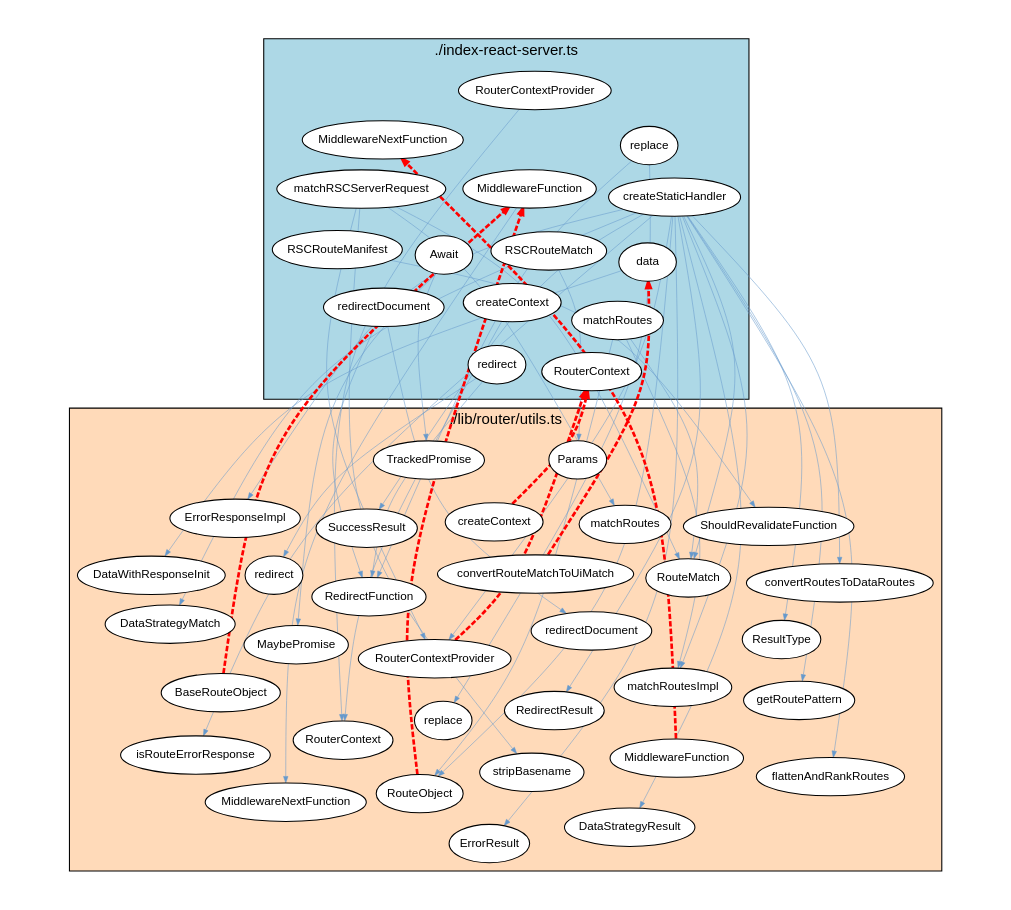
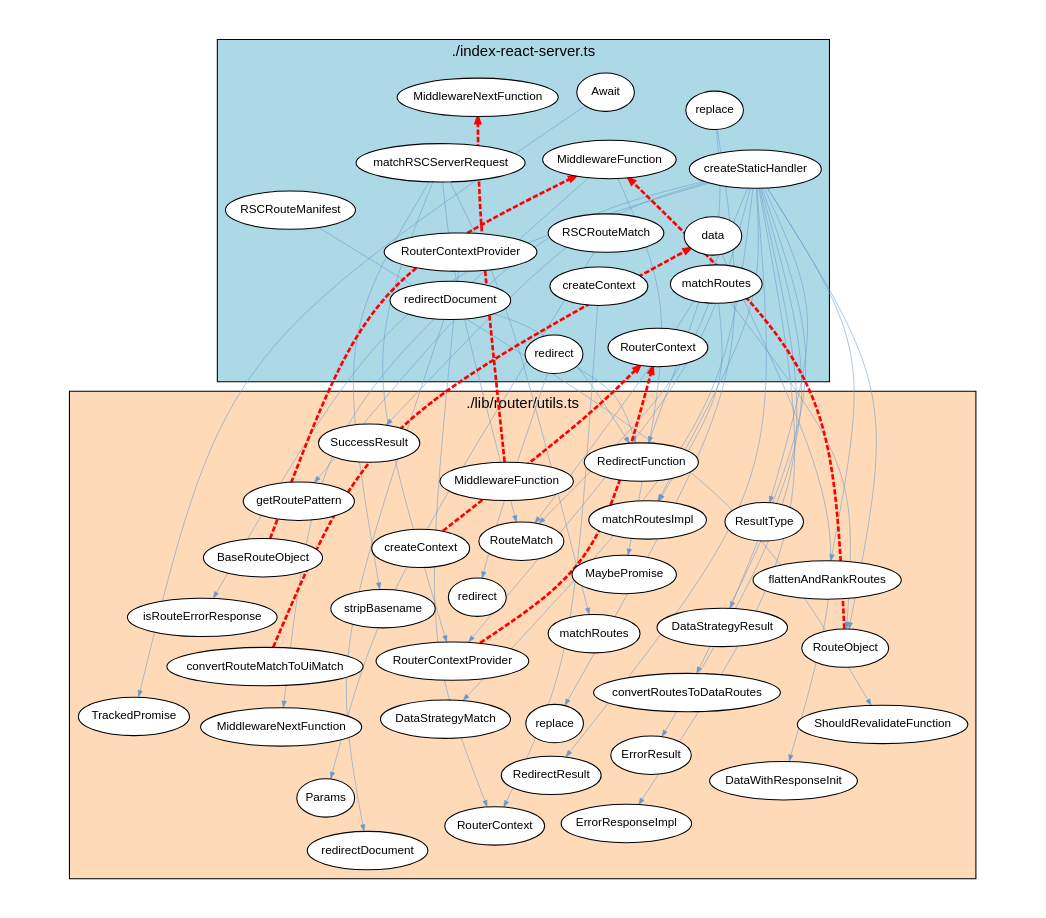
The diagram in analysis-results/react-router/latest/cyclic-dependencies/Typescript_Module/Graph_Visualizations/graphviz/TypescriptModuleCyclicDependencies3.gv (JohT/code-graph-analysis-examples), drawn with Graphviz before and after one commit. The commit also changed other lines of this file and 349 other files, not shown here.

```diff
--- a/analysis-results/react-router/latest/cyclic-dependencies/Typescript_Module/Graph_Visualizations/graphviz/TypescriptModuleCyclicDependencies3.gv
+++ b/analysis-results/react-router/latest/cyclic-dependencies/Typescript_Module/Graph_Visualizations/graphviz/TypescriptModuleCyclicDependencies3.gv
@@ -1,109 +1,109 @@
 strict digraph cycle {
     graph [layout = "fdp"; start = "7"; splines = "curved"; pad = "0.8,0.4"; outputorder = "edgesfirst";];
     graph [fontname = "Helvetica,Arial,sans-serif"; labelloc = "t";];
     node [fontname = "Helvetica,Arial,sans-serif"; style = "filled"; fillcolor = "white";];
     node [fontsize = 11; margin = "0.05,0.05";];
     edge [fontsize = 9; arrowsize = "0.6";];
 
     subgraph cluster_package {
         label="./index-react-server.ts";
         style="filled";
         fillcolor="lightblue";
         "RSCRouteMatch";
         "replace_pkg" [label="replace"];
         "MiddlewareFunction_pkg" [label="MiddlewareFunction"];
         "redirect_pkg" [label="redirect"];
         "RouterContext_pkg" [label="RouterContext"];
         "createStaticHandler";
         "MiddlewareNextFunction_pkg" [label="MiddlewareNextFunction"];
         "matchRSCServerRequest";
+        "Await";
         "RouterContextProvider_pkg" [label="RouterContextProvider"];
-        "Await";
         "data";
         "matchRoutes_pkg" [label="matchRoutes"];
         "redirectDocument_pkg" [label="redirectDocument"];
         "createContext_pkg" [label="createContext"];
         "RSCRouteManifest";
     }
 
     subgraph cluster_dependent {
         label="./lib/router/utils.ts";
         style="filled";
         fillcolor="peachpuff";
-        "RedirectResult";
         "stripBasename";
         "flattenAndRankRoutes";
+        "RedirectResult";
         "replace_dep" [label="replace"];
         "MiddlewareFunction_dep" [label="MiddlewareFunction"];
+        "convertRoutesToDataRoutes";
         "getRoutePattern";
-        "convertRoutesToDataRoutes";
+        "ErrorResult";
         "ErrorResponseImpl";
+        "TrackedPromise";
         "RedirectFunction";
-        "ErrorResult";
-        "TrackedPromise";
+        "DataWithResponseInit";
+        "matchRoutesImpl";
+        "isRouteErrorResponse";
+        "RouterContext_dep" [label="RouterContext"];
         "redirect_dep" [label="redirect"];
-        "matchRoutesImpl";
-        "DataWithResponseInit";
-        "RouterContext_dep" [label="RouterContext"];
-        "isRouteErrorResponse";
         "convertRouteMatchToUiMatch";
         "MiddlewareNextFunction_dep" [label="MiddlewareNextFunction"];
         "SuccessResult";
+        "ShouldRevalidateFunction";
         "DataStrategyMatch";
-        "ShouldRevalidateFunction";
         "ResultType";
         "RouterContextProvider_dep" [label="RouterContextProvider"];
+        "RouteMatch";
         "matchRoutes_dep" [label="matchRoutes"];
-        "RouteMatch";
         "BaseRouteObject";
         "redirectDocument_dep" [label="redirectDocument"];
         "createContext_dep" [label="createContext"];
+        "DataStrategyResult";
         "Params";
-        "DataStrategyResult";
         "MaybePromise";
         "RouteObject";
     }
 
+    "createStaticHandler" -> "RouterContextProvider_dep" [color="#6699CC"; penwidth="0.5"];
+    "matchRSCServerRequest" -> "RouterContextProvider_dep" [color="#6699CC"; penwidth="0.5"];
     "createStaticHandler" -> "ErrorResponseImpl" [color="#6699CC"; penwidth="0.5"];
     "replace_pkg" -> "replace_dep" [color="#6699CC"; penwidth="0.5"];
-    "matchRSCServerRequest" -> "RouterContextProvider_dep" [color="#6699CC"; penwidth="0.5"];
-    "createStaticHandler" -> "RouterContextProvider_dep" [color="#6699CC"; penwidth="0.5"];
     "createStaticHandler" -> "flattenAndRankRoutes" [color="#6699CC"; penwidth="0.5"];
+    "matchRoutes_pkg" -> "RouteObject" [color="#6699CC"; penwidth="0.5"];
     "redirect_pkg" -> "redirect_dep" [color="#6699CC"; penwidth="0.5"];
-    "matchRoutes_pkg" -> "RouteObject" [color="#6699CC"; penwidth="0.5"];
+    "matchRSCServerRequest" -> "RouteMatch" [color="#6699CC"; penwidth="0.5"];
+    "redirectDocument_pkg" -> "redirectDocument_dep" [color="#6699CC"; penwidth="0.5"];
+    "matchRSCServerRequest" -> "matchRoutes_dep" [color="#6699CC"; penwidth="0.5"];
     "createStaticHandler" -> "RedirectResult" [color="#6699CC"; penwidth="0.5"];
     "createStaticHandler" -> "SuccessResult" [color="#6699CC"; penwidth="0.5"];
-    "matchRSCServerRequest" -> "matchRoutes_dep" [color="#6699CC"; penwidth="0.5"];
-    "redirectDocument_pkg" -> "redirectDocument_dep" [color="#6699CC"; penwidth="0.5"];
-    "matchRSCServerRequest" -> "RouteMatch" [color="#6699CC"; penwidth="0.5"];
+    "RSCRouteManifest" -> "ShouldRevalidateFunction" [color="#6699CC"; penwidth="0.5"];
     "createStaticHandler" -> "DataStrategyMatch" [color="#6699CC"; penwidth="0.5"];
-    "RSCRouteManifest" -> "ShouldRevalidateFunction" [color="#6699CC"; penwidth="0.5"];
+    "createStaticHandler" -> "isRouteErrorResponse" [color="#6699CC"; penwidth="0.5"];
     "RouterContextProvider_pkg" -> "RouterContext_dep" [color="#6699CC"; penwidth="0.5"];
-    "createStaticHandler" -> "isRouteErrorResponse" [color="#6699CC"; penwidth="0.5"];
+    "matchRoutes_pkg" -> "RouteMatch" [color="#6699CC"; penwidth="0.5"];
     "RSCRouteMatch" -> "Params" [color="#6699CC"; penwidth="0.5"];
-    "matchRoutes_pkg" -> "RouteMatch" [color="#6699CC"; penwidth="0.5"];
+    "createStaticHandler" -> "convertRoutesToDataRoutes" [color="#6699CC"; penwidth="0.5"];
     "createContext_pkg" -> "RouterContext_dep" [color="#6699CC"; penwidth="0.5"];
-    "createStaticHandler" -> "convertRoutesToDataRoutes" [color="#6699CC"; penwidth="0.5"];
+    "Await" -> "TrackedPromise" [color="#6699CC"; penwidth="0.5"];
     "createStaticHandler" -> "ResultType" [color="#6699CC"; penwidth="0.5"];
-    "Await" -> "TrackedPromise" [color="#6699CC"; penwidth="0.5"];
+    "createStaticHandler" -> "RouteMatch" [color="#6699CC"; penwidth="0.5"];
     "matchRSCServerRequest" -> "stripBasename" [color="#6699CC"; penwidth="0.5"];
     "replace_pkg" -> "RedirectFunction" [color="#6699CC"; penwidth="0.5"];
-    "createStaticHandler" -> "RouteMatch" [color="#6699CC"; penwidth="0.5"];
+    "matchRoutes_pkg" -> "matchRoutesImpl" [color="#6699CC"; penwidth="0.5"];
     "redirectDocument_pkg" -> "RedirectFunction" [color="#6699CC"; penwidth="0.5"];
-    "matchRoutes_pkg" -> "matchRoutesImpl" [color="#6699CC"; penwidth="0.5"];
     "data" -> "DataWithResponseInit" [color="#6699CC"; penwidth="0.5"];
     "createStaticHandler" -> "RouteObject" [color="#6699CC"; penwidth="0.5"];
+    "createStaticHandler" -> "getRoutePattern" [color="#6699CC"; penwidth="0.5"];
     "redirect_pkg" -> "RedirectFunction" [color="#6699CC"; penwidth="0.5"];
-    "createStaticHandler" -> "getRoutePattern" [color="#6699CC"; penwidth="0.5"];
-    "MiddlewareFunction_pkg" -> "MaybePromise" [color="#6699CC"; penwidth="0.5"];
     "createStaticHandler" -> "DataStrategyResult" [color="#6699CC"; penwidth="0.5"];
     "MiddlewareFunction_pkg" -> "MiddlewareNextFunction_dep" [color="#6699CC"; penwidth="0.5"];
+    "MiddlewareFunction_pkg" -> "MaybePromise" [color="#6699CC"; penwidth="0.5"];
+    "createStaticHandler" -> "ErrorResult" [color="#6699CC"; penwidth="0.5"];
     "createStaticHandler" -> "matchRoutesImpl" [color="#6699CC"; penwidth="0.5"];
-    "createStaticHandler" -> "ErrorResult" [color="#6699CC"; penwidth="0.5"];
     "RouteObject" -> "MiddlewareFunction_pkg" [color="red"; penwidth="2.5"; style="dashed";];
     "RouterContextProvider_dep" -> "RouterContext_pkg" [color="red"; penwidth="2.5"; style="dashed";];
     "createContext_dep" -> "RouterContext_pkg" [color="red"; penwidth="2.5"; style="dashed";];
     "BaseRouteObject" -> "MiddlewareFunction_pkg" [color="red"; penwidth="2.5"; style="dashed";];
     "convertRouteMatchToUiMatch" -> "data" [color="red"; penwidth="2.5"; style="dashed";];
     "MiddlewareFunction_dep" -> "MiddlewareNextFunction_pkg" [color="red"; penwidth="2.5"; style="dashed";];
 }
```
